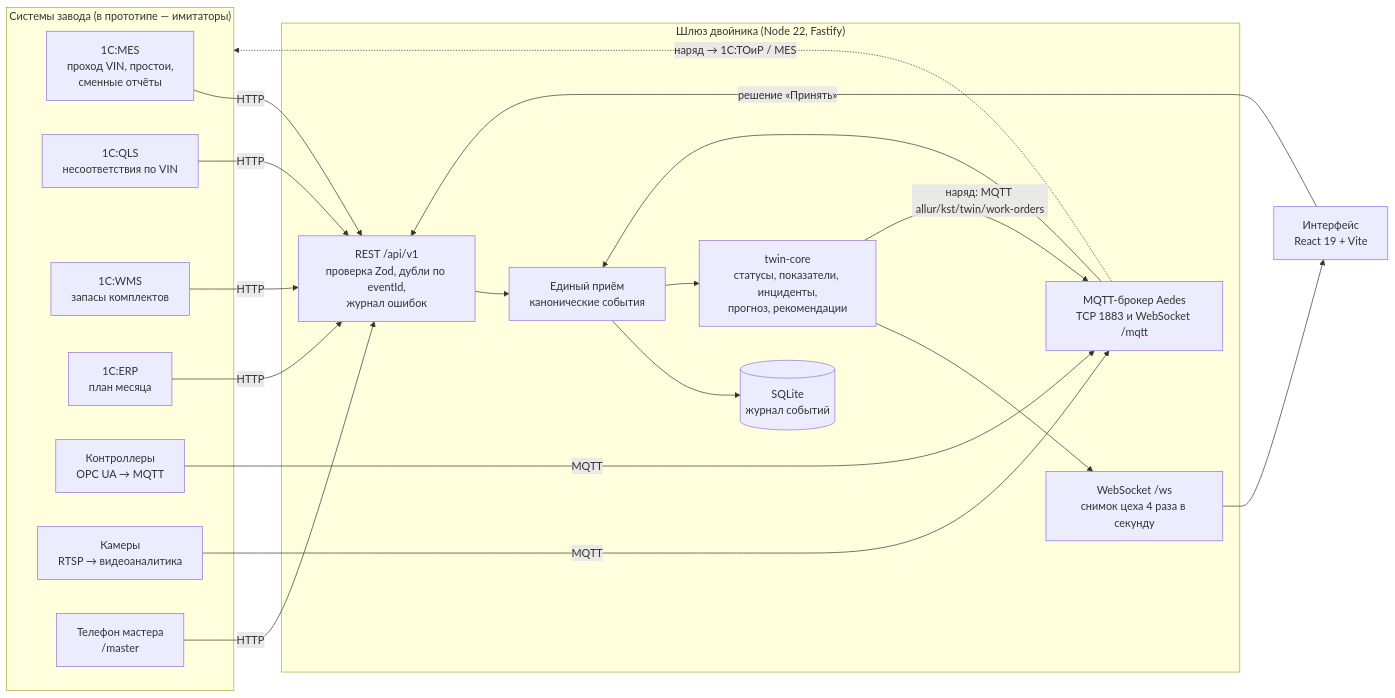
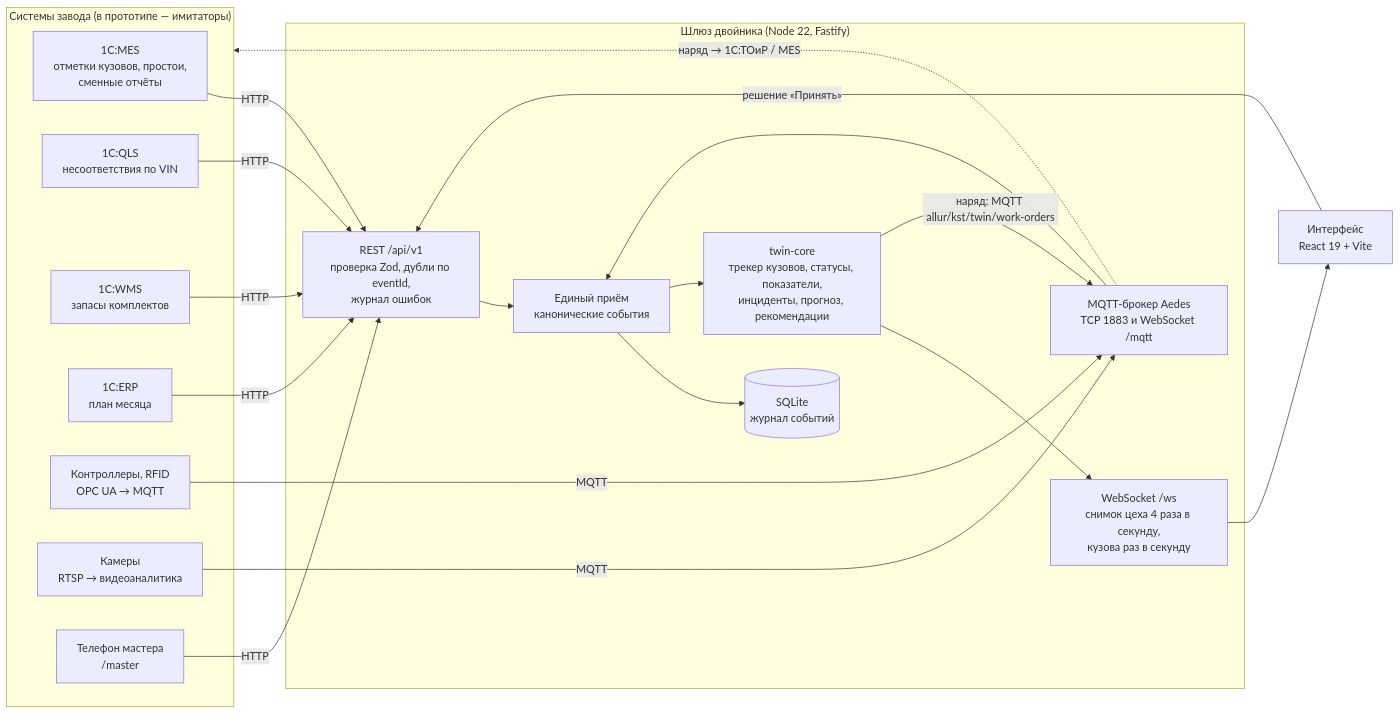
The diagram in docs/ARCHITECTURE.md (mryodaa/NaryadAI), drawn with Mermaid before and after one commit. The commit also changed other lines of this file and 102 other files, not shown here.

````diff
--- a/docs/ARCHITECTURE.md
+++ b/docs/ARCHITECTURE.md
@@ -9,34 +9,34 @@
 ```mermaid
 flowchart LR
   subgraph Завод["Системы завода (в прототипе — имитаторы)"]
-    MES["1С:MES<br/>проход VIN, простои,<br/>сменные отчёты"]
+    MES["1С:MES<br/>отметки кузовов, простои,<br/>сменные отчёты"]
     QLS["1С:QLS<br/>несоответствия по VIN"]
     WMS["1С:WMS<br/>запасы комплектов"]
     ERP["1С:ERP<br/>план месяца"]
-    PLC["Контроллеры<br/>OPC UA → MQTT"]
+    PLC["Контроллеры, RFID<br/>OPC UA → MQTT"]
     CAM["Камеры<br/>RTSP → видеоаналитика"]
     MASTER["Телефон мастера<br/>/master"]
   end
 
   subgraph Шлюз["Шлюз двойника (Node 22, Fastify)"]
     REST["REST /api/v1<br/>проверка Zod, дубли по eventId,<br/>журнал ошибок"]
     MQTT["MQTT-брокер Aedes<br/>TCP 1883 и WebSocket /mqtt"]
     HUB["Единый приём<br/>канонические события"]
     DB[("SQLite<br/>журнал событий")]
-    CORE["twin-core<br/>статусы, показатели, инциденты,<br/>прогноз, рекомендации"]
-    WS["WebSocket /ws<br/>снимок цеха 4 раза в секунду"]
+    CORE["twin-core<br/>трекер кузовов, статусы, показатели,<br/>инциденты, прогноз, рекомендации"]
+    WS["WebSocket /ws<br/>снимок цеха 4 раза в секунду,<br/>кузова раз в секунду"]
   end
 
   UI["Интерфейс<br/>React 19 + Vite"]
 
   MES & QLS & WMS & ERP & MASTER -- HTTP --> REST
   PLC & CAM -- MQTT --> MQTT
   REST --> HUB
   MQTT --> HUB
   HUB --> DB
   HUB --> CORE
   CORE --> WS --> UI
   UI -- "решение «Принять»" --> REST
   CORE -- "наряд: MQTT allur/kst/twin/work-orders" --> MQTT
   MQTT -. "наряд → 1С:ТОиР / MES" .-> Завод
 ```
````
